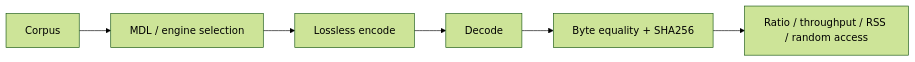
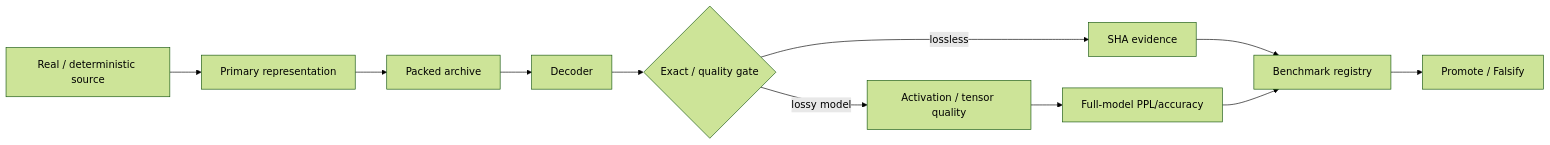
One commit to Shtenco/synegy_ai_compress changed the diagram in README.md. Above: the diagram before and after it, drawn with Mermaid (forest theme). The commit also changed other lines of this file, not shown here.

Commit message:
docs: rebuild README from verified implementation and evidence

````diff
--- a/README.md
+++ b/README.md
@@ -96,8 +175,13 @@
 ```mermaid
 flowchart LR
-    DATA[Corpus] --> ROUTER[MDL / engine selection]
-    ROUTER --> ENC[Lossless encode]
-    ENC --> DEC[Decode]
-    DEC --> EQ[Byte equality + SHA256]
-    EQ --> MET[Ratio / throughput / RSS / random access]
+    SRC[Real / deterministic source] --> REP[Primary representation]
+    REP --> PACK[Packed archive]
+    PACK --> DEC[Decoder]
+    DEC --> EQ{Exact / quality gate}
+    EQ -->|lossless| HASH[SHA evidence]
+    EQ -->|lossy model| ACT[Activation / tensor quality]
+    ACT --> FULL[Full-model PPL/accuracy]
+    HASH --> BENCH[Benchmark registry]
+    FULL --> BENCH
+    BENCH --> VERDICT[Promote / Falsify]
 ```
````
